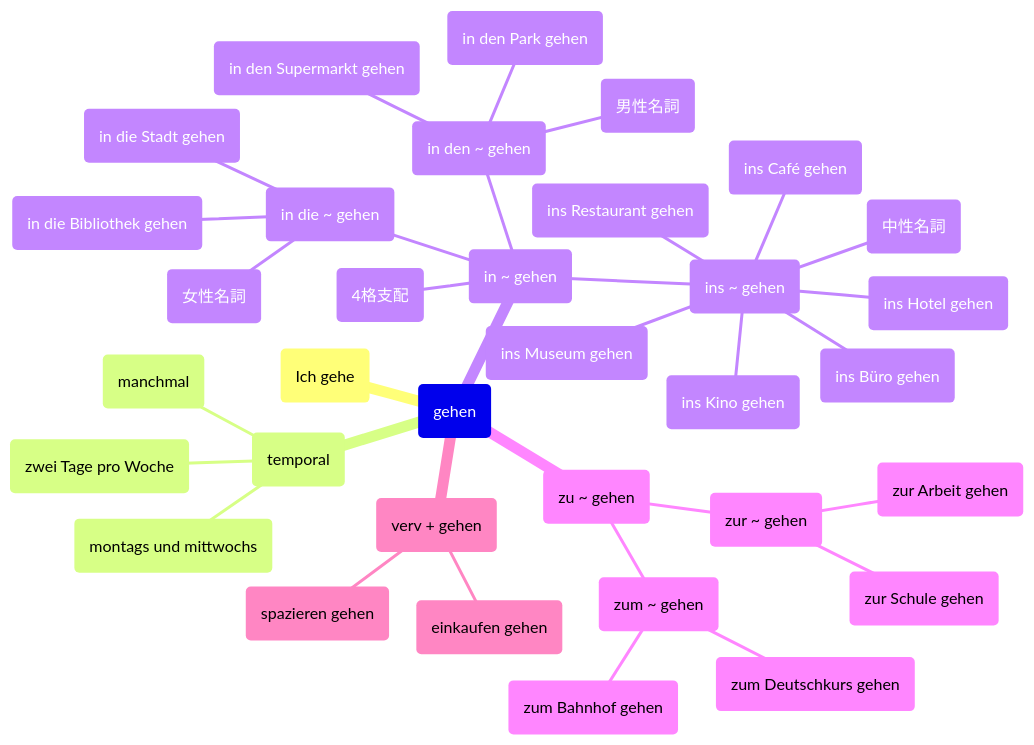
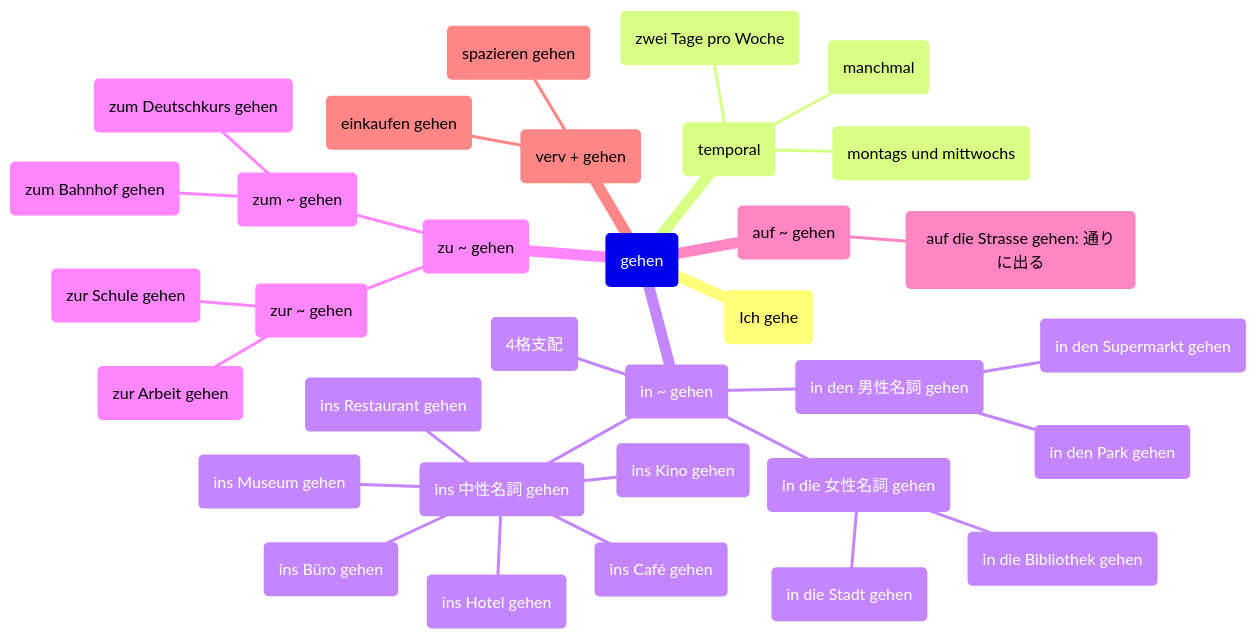
One commit to hyonsoku/mindmap changed the diagram in Dutesch/Verb/gehen.md. Above: the diagram before and after it, drawn with Mermaid. The commit also changed 2 other files, not shown here.

````diff
--- a/Dutesch/Verb/gehen.md
+++ b/Dutesch/Verb/gehen.md
@@ -3,37 +3,36 @@
 ```mermaid
 mindmap
     root(gehen)
         (Ich gehe)
         (temporal)
             (manchmal)
             (zwei Tage pro Woche)
             (montags und mittwochs)
         (in ~ gehen)
             (4格支配)
-            (in den ~ gehen)
-                (男性名詞)
+            (in den 男性名詞 gehen)
                 (in den Supermarkt gehen)
                 (in den Park gehen)
-            (in die ~ gehen)
-                (女性名詞)
+            (in die 女性名詞 gehen)
                 (in die Bibliothek gehen)
                 (in die Stadt gehen)
-            (ins ~ gehen)
-                (中性名詞)
+            (ins 中性名詞 gehen)
                 (ins Kino gehen)
                 (ins Büro gehen)
                 (ins Museum gehen)
                 (ins Restaurant gehen)
                 (ins Café gehen)
                 (ins Hotel gehen)
         (zu ~ gehen)
             (zur ~ gehen)
                 (zur Arbeit gehen)
                 (zur Schule gehen)
             (zum ~ gehen)
                 (zum Deutschkurs gehen)
                 (zum Bahnhof gehen)
+        (auf ~ gehen)
+                (auf die Strasse gehen: 通りに出る)
         (verv + gehen)
             (einkaufen gehen)
             (spazieren gehen)
 ```
````
